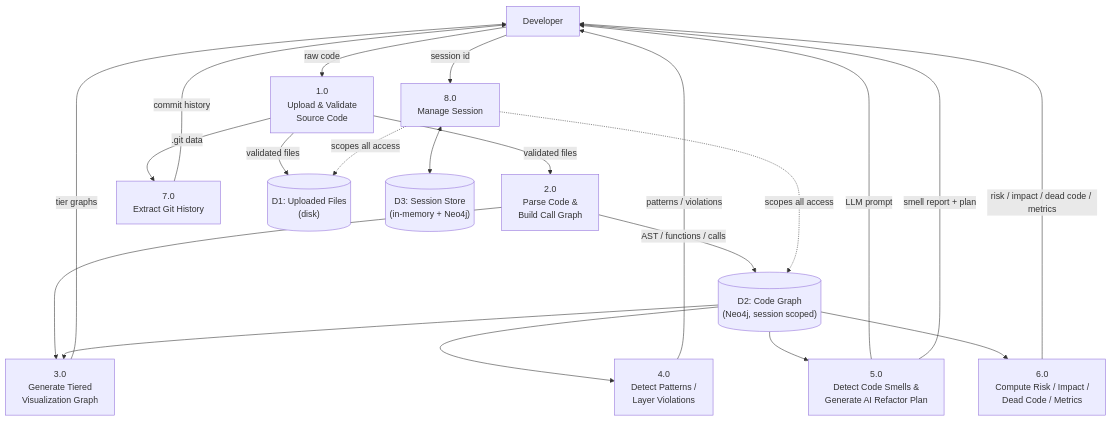
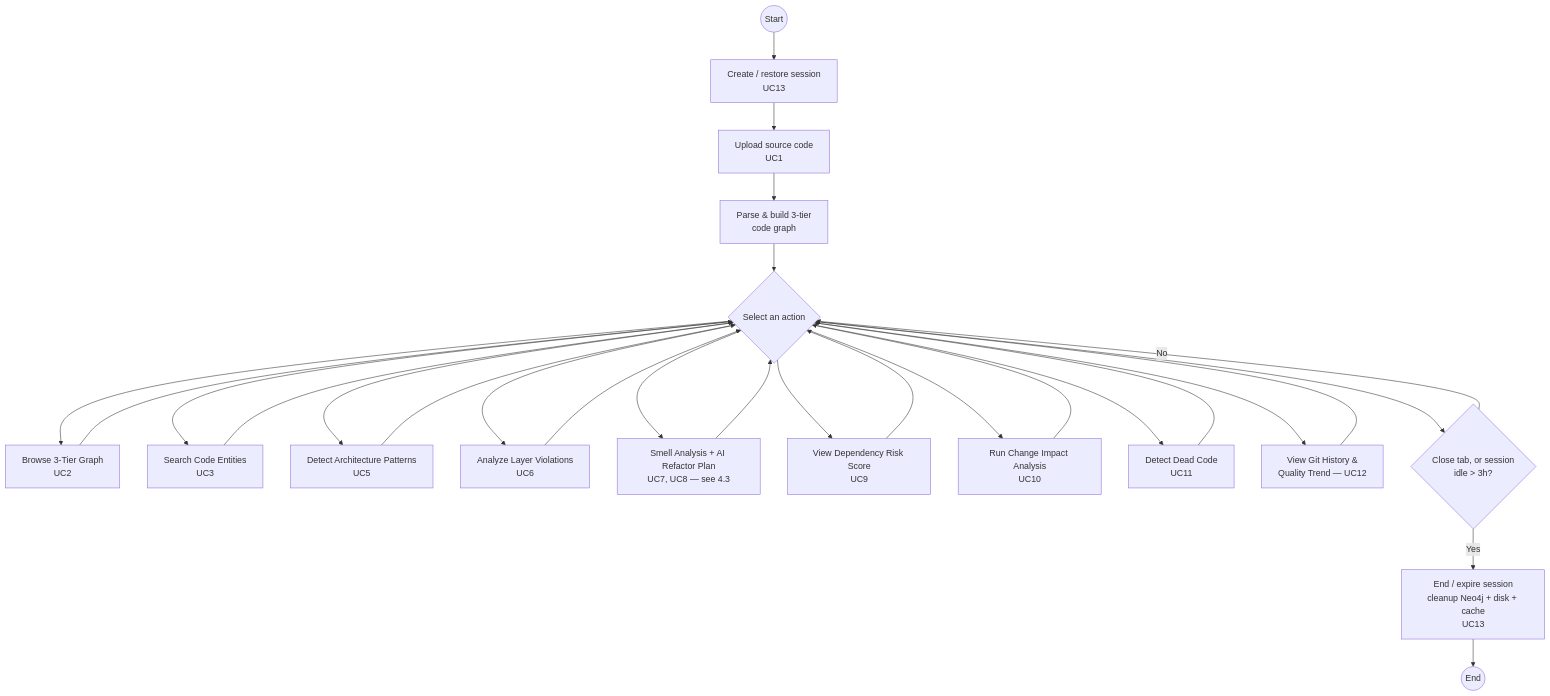
The diagram in srs_diagrams/diagram_03.mmd (farjanasarker/Code_Base_Visualisation), drawn with Mermaid before and after one commit. The commit also changed 18 other files, not shown here.

```diff
--- a/srs_diagrams/diagram_03.mmd
+++ b/srs_diagrams/diagram_03.mmd
@@ -1,41 +1,32 @@
-flowchart TB
-    User["Developer"]
+flowchart TD
+    START(("Start"))
+    S1["Create / restore session<br/>UC13"]
+    S2["Upload source code<br/>UC1"]
+    S3["Parse &amp; build 3-tier<br/>code graph"]
+    HUB{"Select an action"}
+    U2["Browse 3-Tier Graph<br/>UC2"]
+    U3["Search Code Entities<br/>UC3"]
+    U5["Detect Architecture Patterns<br/>UC5"]
+    U6["Analyze Layer Violations<br/>UC6"]
+    U78["Smell Analysis + AI Refactor Plan<br/>UC7, UC8 — see 4.3"]
+    U9["View Dependency Risk Score<br/>UC9"]
+    U10["Run Change Impact Analysis<br/>UC10"]
+    U11["Detect Dead Code<br/>UC11"]
+    U12["View Git History &amp;<br/>Quality Trend — UC12"]
+    D1{"Close tab, or session<br/>idle &gt; 3h?"}
+    S4["End / expire session<br/>cleanup Neo4j + disk + cache<br/>UC13"]
+    END(("End"))
 
-    P1["1.0<br/>Upload & Validate<br/>Source Code"]
-    P2["2.0<br/>Parse Code &<br/>Build Call Graph"]
-    P3["3.0<br/>Generate Tiered<br/>Visualization Graph"]
-    P4["4.0<br/>Detect Patterns /<br/>Layer Violations"]
-    P5["5.0<br/>Detect Code Smells &<br/>Generate AI Refactor Plan"]
-    P6["6.0<br/>Compute Risk / Impact /<br/>Dead Code / Metrics"]
-    P7["7.0<br/>Extract Git History"]
-    P8["8.0<br/>Manage Session"]
-
-    D1[("D1: Uploaded Files<br/>(disk)")]
-    D2[("D2: Code Graph<br/>(Neo4j, session scoped)")]
-    D3[("D3: Session Store<br/>(in-memory + Neo4j)")]
-
-    User -- "raw code" --> P1
-    P1 -- "validated files" --> D1
-    P1 -- "validated files" --> P2
-    P2 -- "AST / functions / calls" --> D2
-    P2 --> P3
-    D2 --> P3
-    P3 -- "tier graphs" --> User
-
-    D2 --> P4
-    P4 -- "patterns / violations" --> User
-
-    D2 --> P5
-    P5 -- "LLM prompt" --> User
-    P5 -- "smell report + plan" --> User
-
-    D2 --> P6
-    P6 -- "risk / impact / dead code / metrics" --> User
-
-    P1 -- ".git data" --> P7
-    P7 -- "commit history" --> User
-
-    User -- "session id" --> P8
-    P8 <--> D3
-    P8 -. "scopes all access" .-> D1
-    P8 -. "scopes all access" .-> D2
+    START --> S1 --> S2 --> S3 --> HUB
+    HUB --> U2 --> HUB
+    HUB --> U3 --> HUB
+    HUB --> U5 --> HUB
+    HUB --> U6 --> HUB
+    HUB --> U78 --> HUB
+    HUB --> U9 --> HUB
+    HUB --> U10 --> HUB
+    HUB --> U11 --> HUB
+    HUB --> U12 --> HUB
+    HUB --> D1
+    D1 -- No --> HUB
+    D1 -- Yes --> S4 --> END
```
